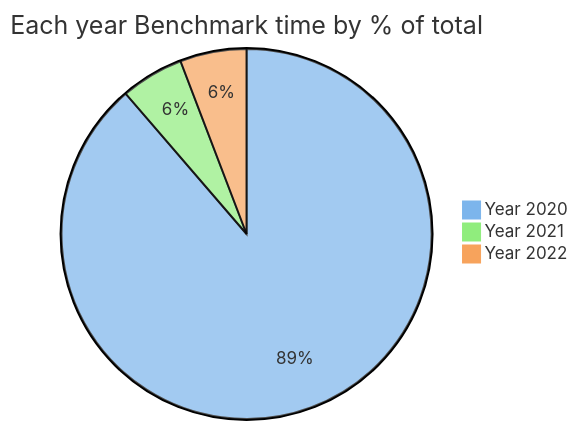
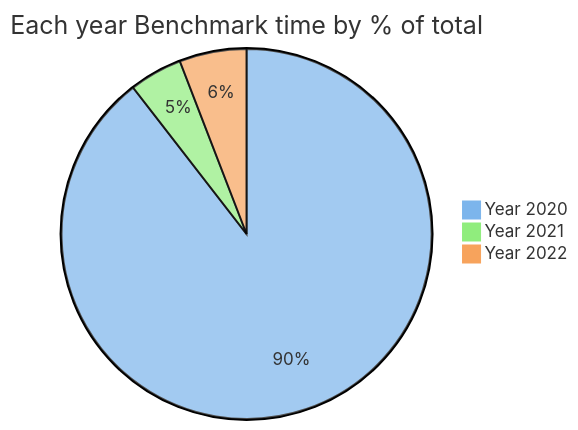
One commit to maneatingape/advent-of-code-rust changed the first of 4 diagrams in README.md. Above: the diagram before and after it, drawn with Mermaid. The commit also changed other lines of this file and 1 other file, not shown here.

````diff
--- a/README.md
+++ b/README.md
@@ -45,8 +45,8 @@
 ```mermaid
 %%{init: {'theme': 'base', 'themeVariables': { 'pie1': '#7cb5ec', 'pie2': '#90ed7d', 'pie3': '#f7a35c'}}}%%
 pie
     title Each year Benchmark time by % of total
     "Year 2020" : 290
-    "Year 2021" : 18
+    "Year 2021" : 15
     "Year 2022" : 19
 ```
````
